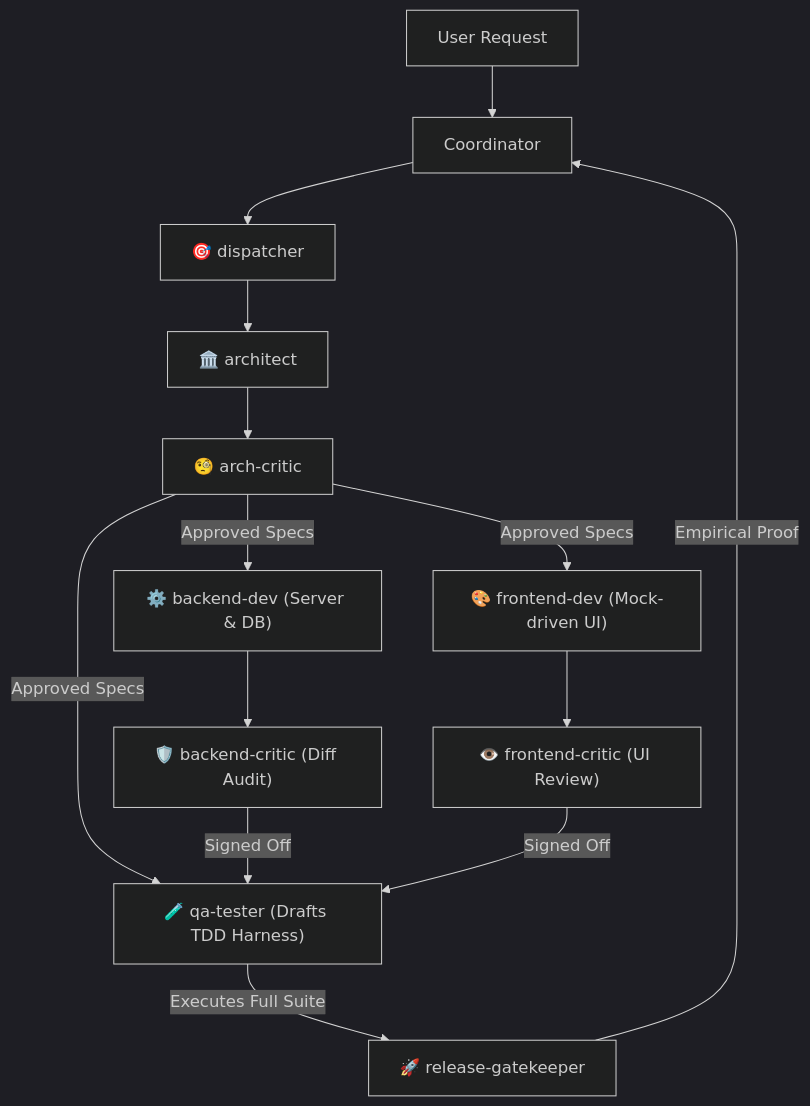
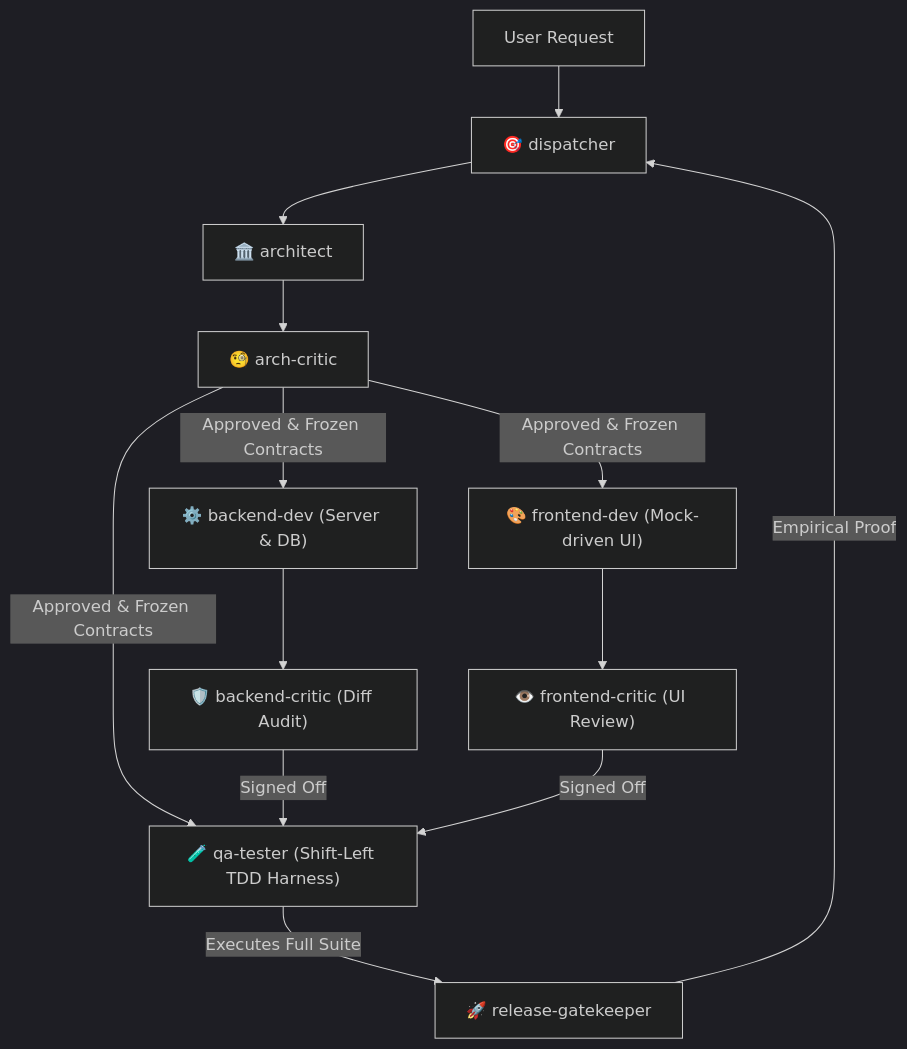
The diagram in README.md (nour714/autonomous-software-company), drawn with Mermaid (dark theme) before and after one commit. The commit also changed other lines of this file and 2 other files, not shown here.

````diff
--- a/README.md
+++ b/README.md
@@ -26,20 +63,19 @@
 ```mermaid
 graph TD
-    User["User Request"] --> Coord["Coordinator"]
-    Coord --> Disp["🎯 dispatcher"]
-    
+    User["User Request"] --> Disp["🎯 dispatcher"]
     Disp --> Arch["🏛️ architect"]
     Arch --> ArchCrit["🧐 arch-critic"]
-    ArchCrit -->|Approved Specs| Back["⚙️ backend-dev (Server & DB)"]
-    ArchCrit -->|Approved Specs| Front["🎨 frontend-dev (Mock-driven UI)"]
-    ArchCrit -->|Approved Specs| QA["🧪 qa-tester (Drafts TDD Harness)"]
+    
+    ArchCrit -->|Approved & Frozen Contracts| Back["⚙️ backend-dev (Server & DB)"]
+    ArchCrit -->|Approved & Frozen Contracts| Front["🎨 frontend-dev (Mock-driven UI)"]
+    ArchCrit -->|Approved & Frozen Contracts| QA["🧪 qa-tester (Shift-Left TDD Harness)"]
     
     Back --> BackCrit["🛡️ backend-critic (Diff Audit)"]
     Front --> FrontCrit["👁️ frontend-critic (UI Review)"]
     
     BackCrit -->|Signed Off| QA
     FrontCrit -->|Signed Off| QA
     
     QA -->|Executes Full Suite| RelGate["🚀 release-gatekeeper"]
-    RelGate -->|Empirical Proof| Coord
+    RelGate -->|Empirical Proof| Disp
 ```
````
